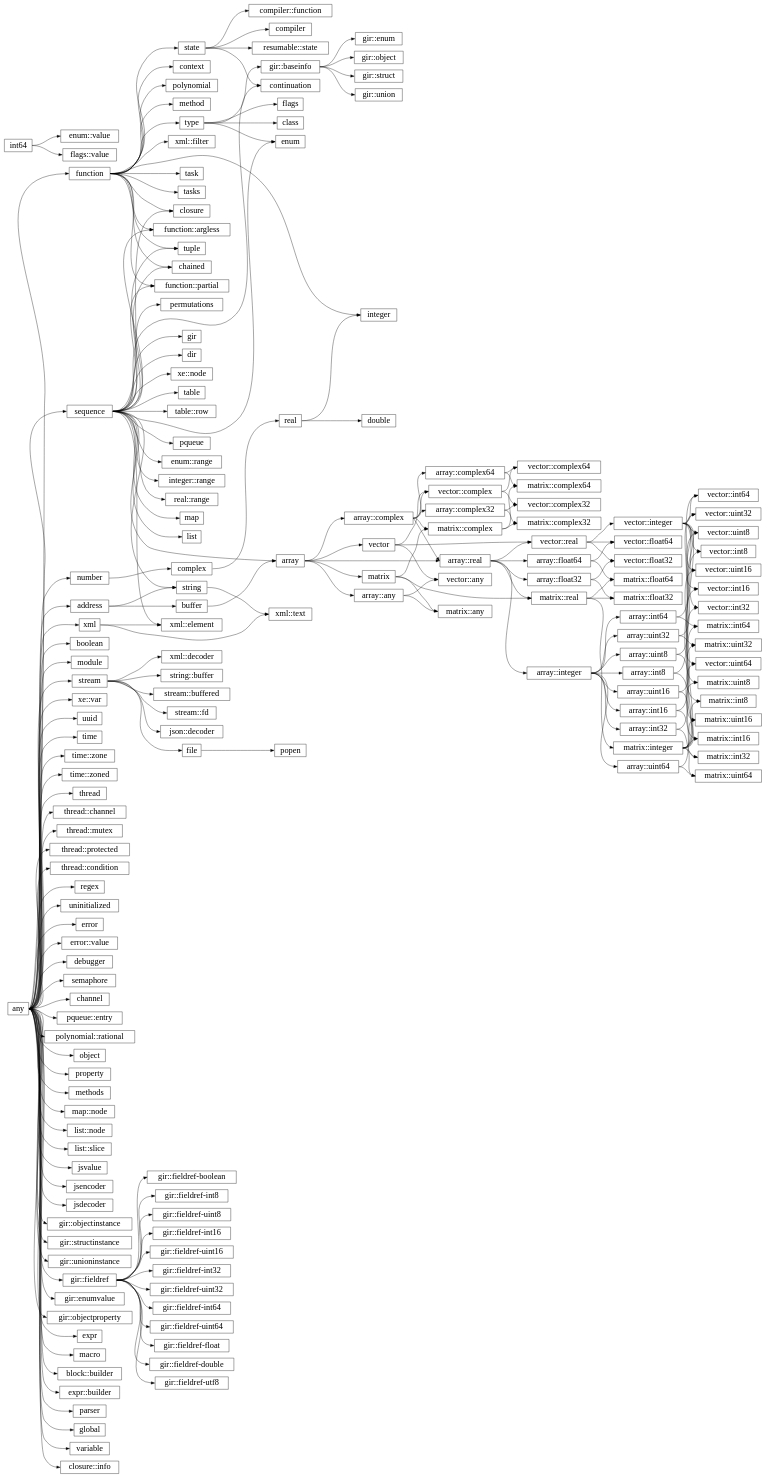
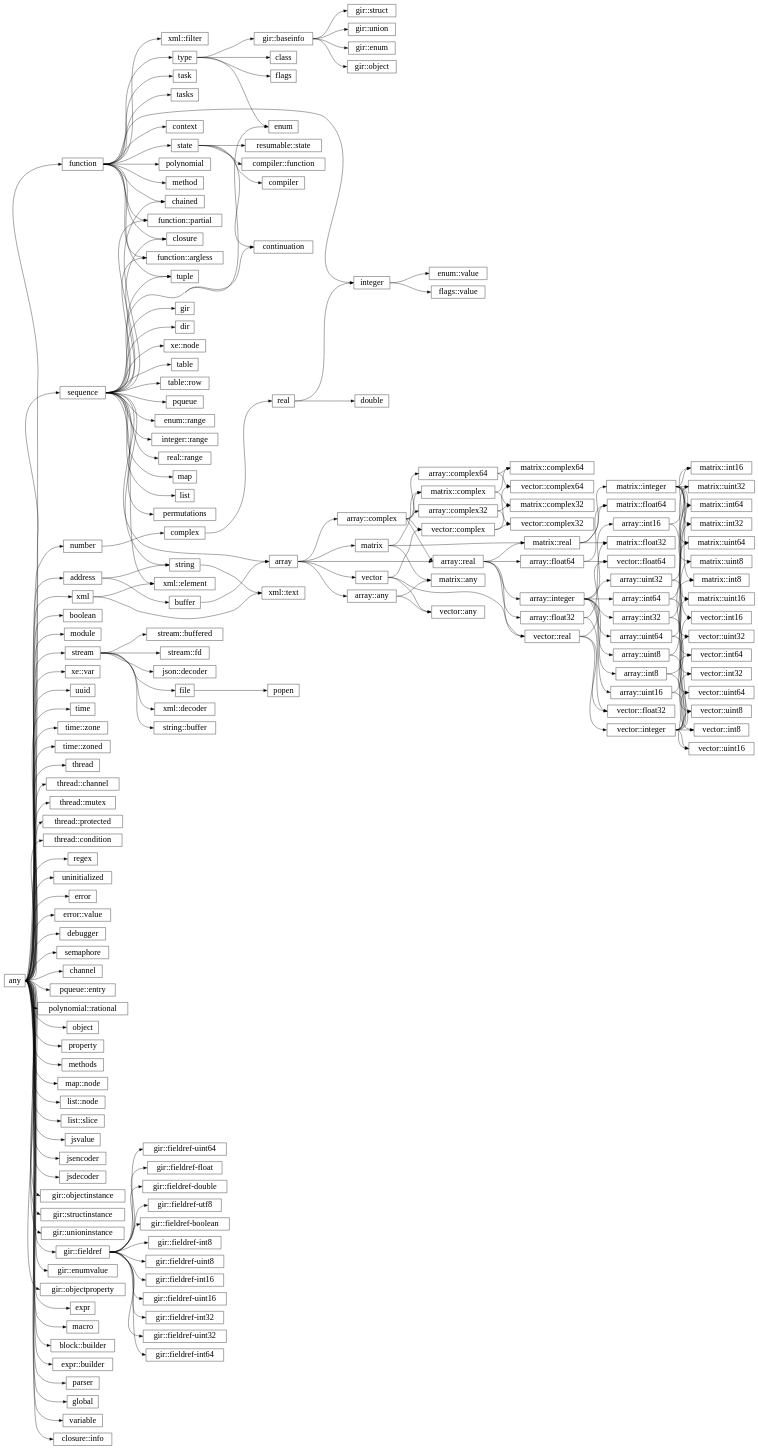
One commit to wrapl/minilang changed the diagram in docs/library/hierarchy.rst. Above: the diagram before and after it, drawn with Graphviz. The commit also changed 9 other files, not shown here.

```diff
--- a/docs/library/hierarchy.rst
+++ b/docs/library/hierarchy.rst
@@ -72,12 +72,12 @@
       "any":e -> "object":w;
       "type":e -> "class":w;
       "any":e -> "property":w;
-      "int64":e -> "enum::value":w;
+      "integer":e -> "enum::value":w;
       "type":e -> "enum":w;
       "sequence":e -> "enum":w;
       "sequence":e -> "enum::range":w;
       "type":e -> "flags":w;
-      "int64":e -> "flags::value":w;
+      "integer":e -> "flags::value":w;
       "any":e -> "number":w;
       "number":e -> "complex":w;
       "complex":e -> "real":w;
```
